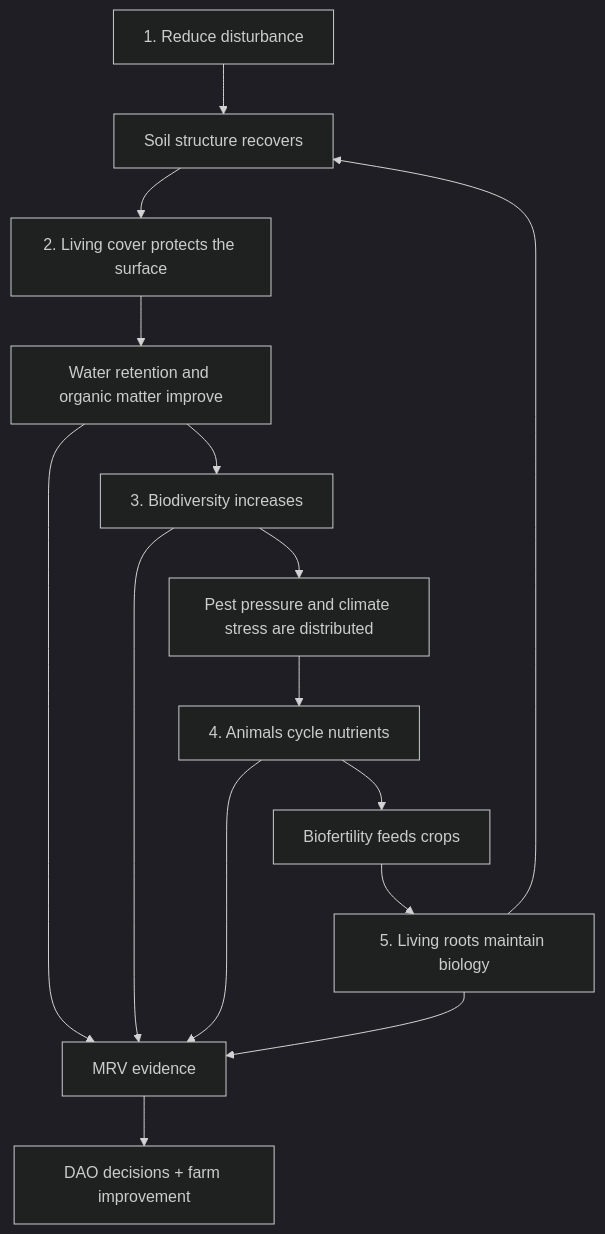
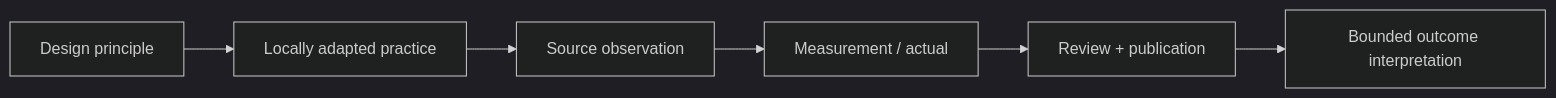
The first of 3 diagrams in kokonut-framework/framework-components/framework-features/5-principles-of-regeneration.mdx (wasalo/Kokonut-Public-Site), drawn with Mermaid (dark theme) before and after one commit. The commit also changed other lines of this file, not shown here.

Commit message:
docs(kokonut-framework): improve regeneration principles

````diff
--- a/kokonut-framework/framework-components/framework-features/5-principles-of-regeneration.mdx
+++ b/kokonut-framework/framework-components/framework-features/5-principles-of-regeneration.mdx
@@ -76,17 +76,8 @@
 ```mermaid
-flowchart TD
-    A["1. Reduce disturbance"] --> B["Soil structure recovers"]
-    B --> C["2. Living cover protects the surface"]
-    C --> D["Water retention and organic matter improve"]
-    D --> E["3. Biodiversity increases"]
-    E --> F["Pest pressure and climate stress are distributed"]
-    F --> G["4. Animals cycle nutrients"]
-    G --> H["Biofertility feeds crops"]
-    H --> I["5. Living roots maintain biology"]
-    I --> B
-    D --> J["MRV evidence"]
-    E --> J
-    G --> J
-    I --> J
-    J --> K["DAO decisions + farm improvement"]
+flowchart LR
+    A["Design principle"] --> B["Locally adapted practice"]
+    B --> C["Source observation"]
+    C --> D["Measurement / actual"]
+    D --> E["Review + publication"]
+    E --> F["Bounded outcome interpretation"]
 ```
````
